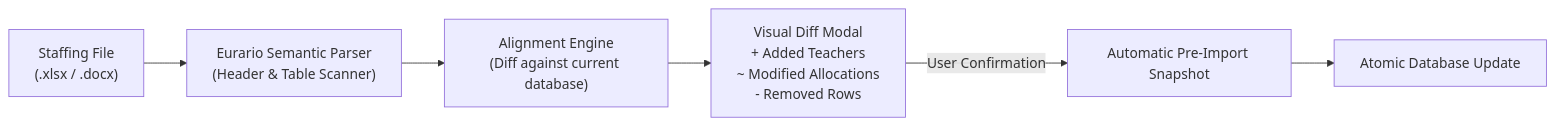
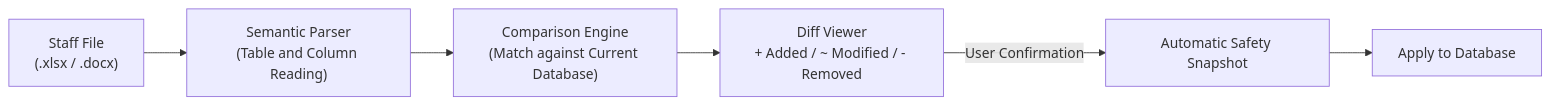
Before and after one commit to carlorigoni/eurario: the second of 2 diagrams in docs/en/getting-started.md, drawn with Mermaid. The commit also changed other lines of this file and 13 other files, not shown here.

````diff
--- a/docs/en/getting-started.md
+++ b/docs/en/getting-started.md
@@ -132,8 +186,8 @@
 ```mermaid
 flowchart LR
-    File["Staffing File\n(.xlsx / .docx)"] --> Parser["Eurario Semantic Parser\n(Header & Table Scanner)"]
-    Parser --> Matcher["Alignment Engine\n(Diff against current database)"]
-    Matcher --> DiffModal["Visual Diff Modal\n+ Added Teachers\n~ Modified Allocations\n- Removed Rows"]
-    DiffModal -->|"User Confirmation"| AutoSnapshot["Automatic Pre-Import Snapshot"]
-    AutoSnapshot --> Apply["Atomic Database Update"]
+    File["Staff File\n(.xlsx / .docx)"] --> Parser["Semantic Parser\n(Table and Column Reading)"]
+    Parser --> Matcher["Comparison Engine\n(Match against Current Database)"]
+    Matcher --> DiffModal["Diff Viewer\n+ Added / ~ Modified / - Removed"]
+    DiffModal -->|"User Confirmation"| AutoSnapshot["Automatic Safety Snapshot"]
+    AutoSnapshot --> Apply["Apply to Database"]
 ```
````
